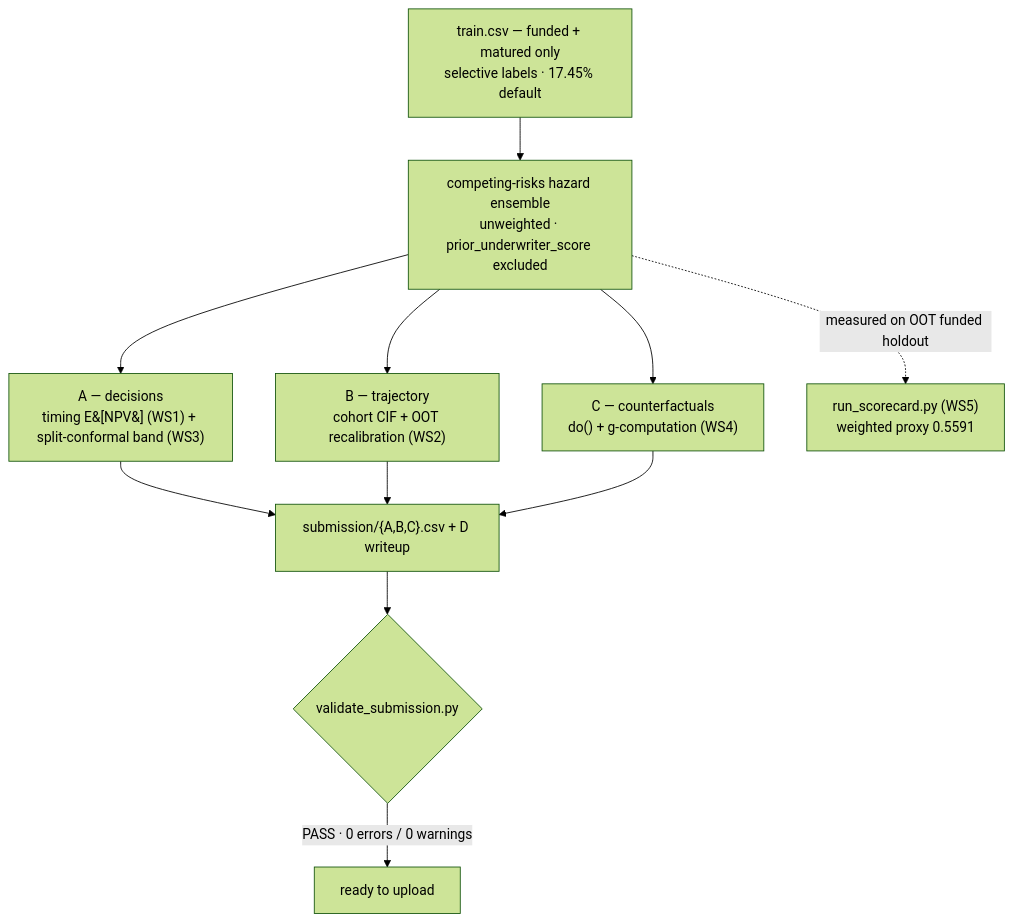
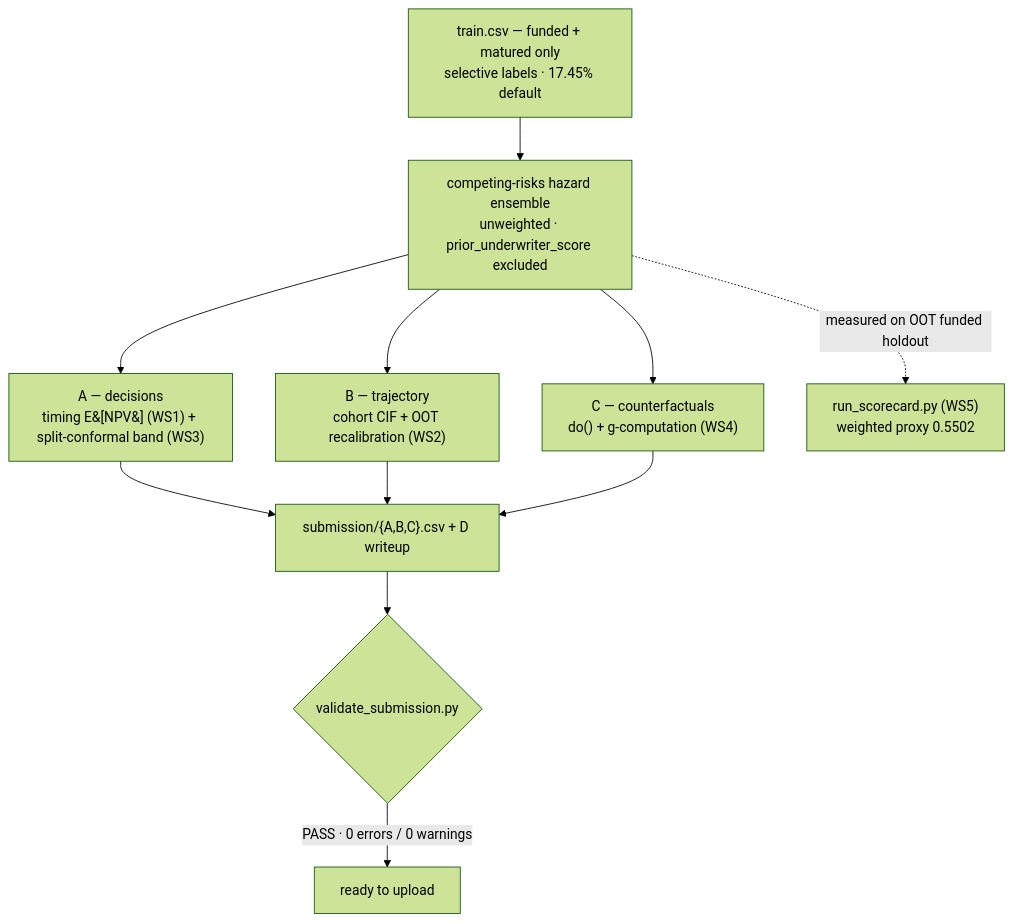
One commit to hossainpazooki/intuit-techweek-submission changed the second of 3 diagrams in README.md. Above: the diagram before and after it, drawn with Mermaid (forest theme). The commit also changed other lines of this file, not shown here.

First line of the commit message:
docs: lead README with the agentic build architecture; refresh post-fix numbers

````diff
--- a/README.md
+++ b/README.md
@@ -84,13 +130,13 @@
 ```mermaid
 flowchart TD
   data["train.csv — funded + matured only<br/>selective labels · 17.45% default"] --> ens["competing-risks hazard ensemble<br/>unweighted · prior_underwriter_score excluded"]
   ens --> A["A — decisions<br/>timing E&#91;NPV&#93; (WS1) + split-conformal band (WS3)"]
   ens --> B["B — trajectory<br/>cohort CIF + OOT recalibration (WS2)"]
   ens --> C["C — counterfactuals<br/>do() + g-computation (WS4)"]
   A --> sub["submission/{A,B,C}.csv + D writeup"]
   B --> sub
   C --> sub
   sub --> val{"validate_submission.py"}
   val -->|"PASS · 0 errors / 0 warnings"| ship["ready to upload"]
-  ens -. measured on OOT funded holdout .-> sc["run_scorecard.py (WS5)<br/>weighted proxy 0.5591"]
+  ens -. measured on OOT funded holdout .-> sc["run_scorecard.py (WS5)<br/>weighted proxy 0.5502"]
 ```
````
